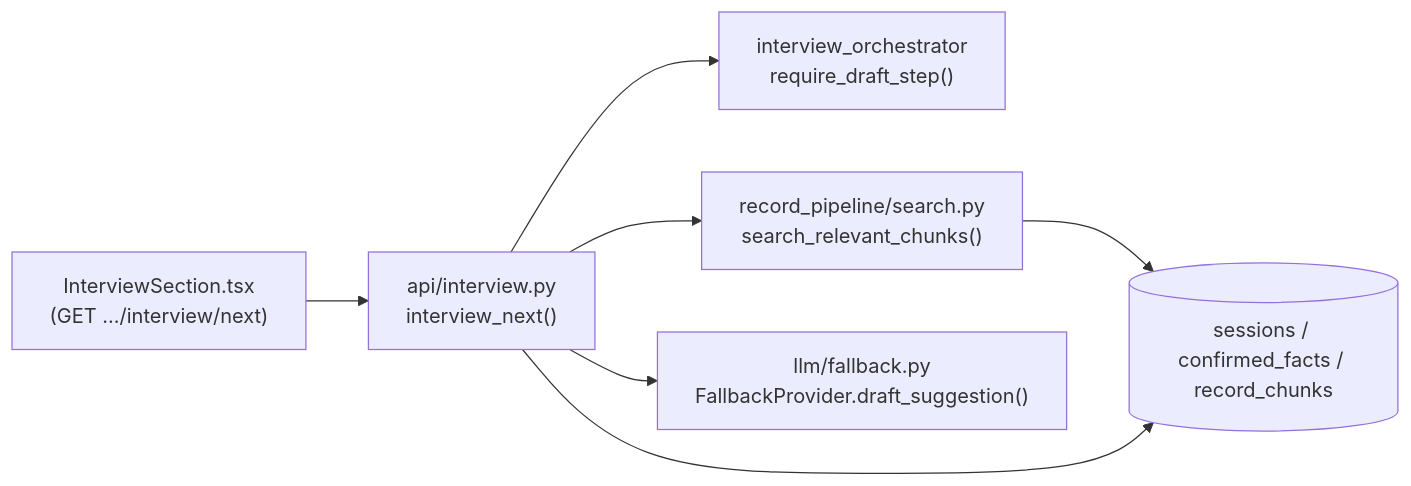
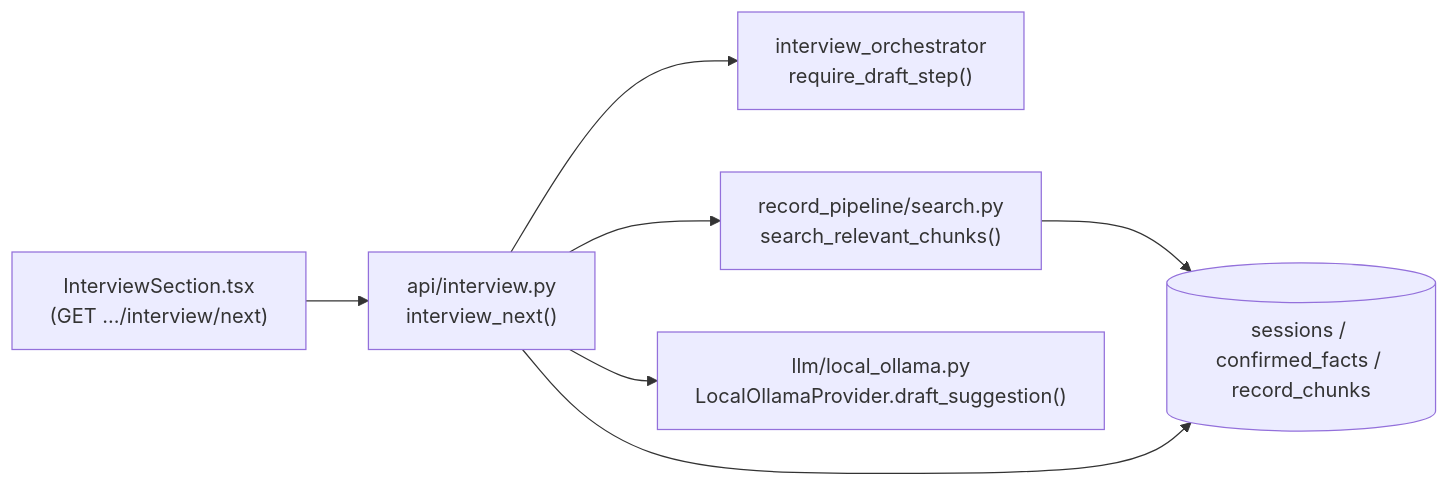
One commit to 2024YSJ/Annswieteom changed the third of 3 diagrams in docs/architecture.md. Above: the diagram before and after it, drawn with Mermaid. The commit also changed other lines of this file and 108 other files, not shown here.

````diff
--- a/docs/architecture.md
+++ b/docs/architecture.md
@@ -252,14 +266,14 @@
 ```mermaid
 graph LR
   UI["InterviewSection.tsx<br/>(GET .../interview/next)"]
   API["api/interview.py<br/>interview_next()"]
   ORCH["interview_orchestrator<br/>require_draft_step()"]
   SEARCH["record_pipeline/search.py<br/>search_relevant_chunks()"]
-  LLM["llm/fallback.py<br/>FallbackProvider.draft_suggestion()"]
+  LLM["llm/local_ollama.py<br/>LocalOllamaProvider.draft_suggestion()"]
   DB[(sessions / confirmed_facts / record_chunks)]
 
   UI --> API --> ORCH
   API --> SEARCH --> DB
   API --> LLM
   API --> DB
 ```
````
